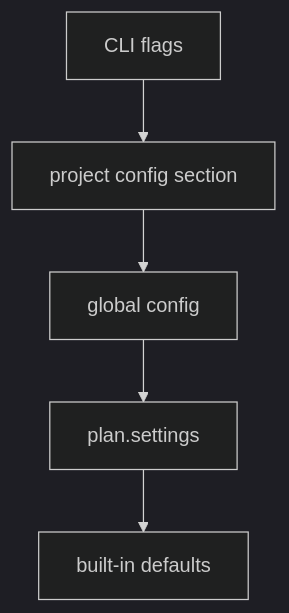
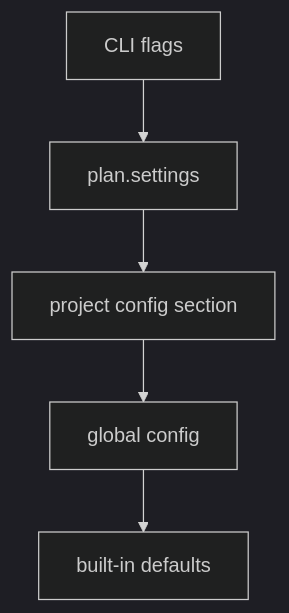
Before and after one commit to opus-domini/praetor: the diagram in docs/configuration.md, drawn with Mermaid. The commit also changed other lines of this file and 88 other files, not shown here.

````diff
--- a/docs/configuration.md
+++ b/docs/configuration.md
@@ -192,11 +199,11 @@
 ```mermaid
 ---
 config:
   theme: dark
 ---
 flowchart TD
-    A[CLI flags] --> B[project config section]
-    B --> C[global config]
-    C --> D[plan.settings]
+    A[CLI flags] --> B[plan.settings]
+    B --> C[project config section]
+    C --> D[global config]
     D --> E[built-in defaults]
 ```
````
